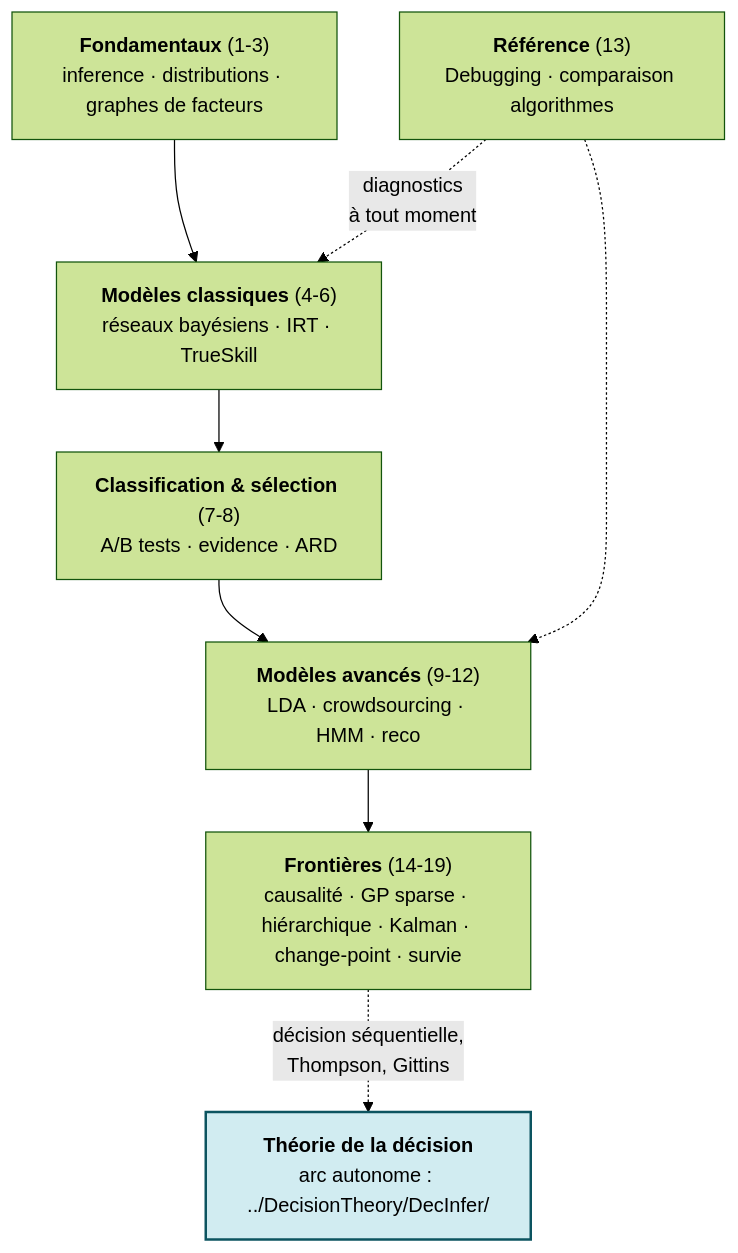
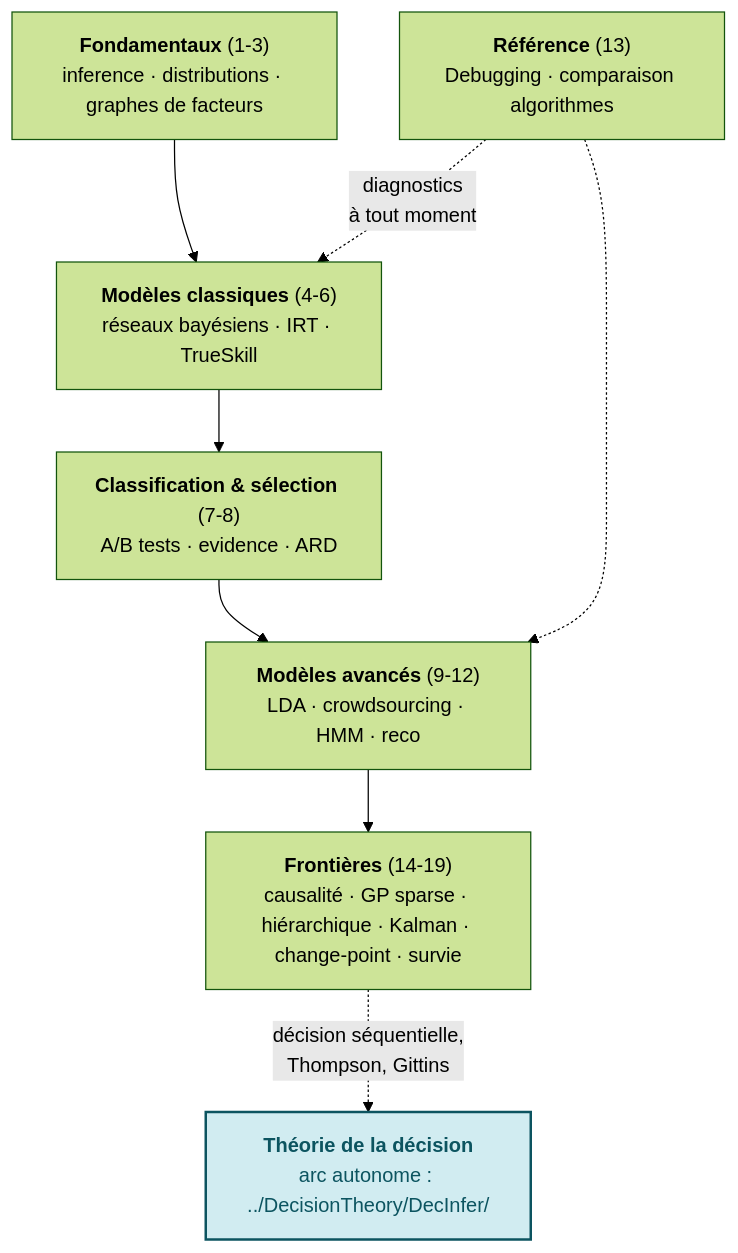
The second of 2 diagrams in MyIA.AI.Notebooks/Probas/Infer/README.md (jsboige/CoursIA), drawn with Mermaid (forest theme) before and after one commit. The commit also changed 4 other files, not shown here.

First line of the commit message:
fix(docs,#15516): sweep mermaid fill-sans-color — famille Probas (5 READMEs, 5 règles)

````diff
--- a/MyIA.AI.Notebooks/Probas/Infer/README.md
+++ b/MyIA.AI.Notebooks/Probas/Infer/README.md
@@ -162,17 +162,18 @@
 ```mermaid
 flowchart TD
     P1["<b>Fondamentaux</b> (1-3)<br/>inference · distributions · graphes de facteurs"]
     P2["<b>Modèles classiques</b> (4-6)<br/>réseaux bayésiens · IRT · TrueSkill"]
     P3["<b>Classification & sélection</b> (7-8)<br/>A/B tests · evidence · ARD"]
     P4["<b>Modèles avancés</b> (9-12)<br/>LDA · crowdsourcing · HMM · reco"]
     P5["<b>Référence</b> (13)<br/>Debugging · comparaison algorithmes"]
     P8["<b>Frontières</b> (14-19)<br/>causalité · GP sparse · hiérarchique · Kalman · change-point · survie"]
     DT["<b>Théorie de la décision</b><br/>arc autonome : ../DecisionTheory/DecInfer/"]
     P1 --> P2 --> P3 --> P4
     P4 --> P8
     P5 -.->|"diagnostics<br/>à tout moment"| P2
     P5 -.-> P4
     P8 -.->|"décision séquentielle,<br/>Thompson, Gittins"| DT
-    classDef decision fill:#d1ecf1,stroke:#0c5460,stroke-width:2px;
+    %% color: explicite -- sans lui, libelle clair sur fond clair en mode sombre GitHub (#15022) ; ne pas harmoniser le ton avec le stroke (libelle sinon illisible)
+    classDef decision fill:#d1ecf1,stroke:#0c5460,stroke-width:2px,color:#0c5460;
     class DT decision;
 ```
````
